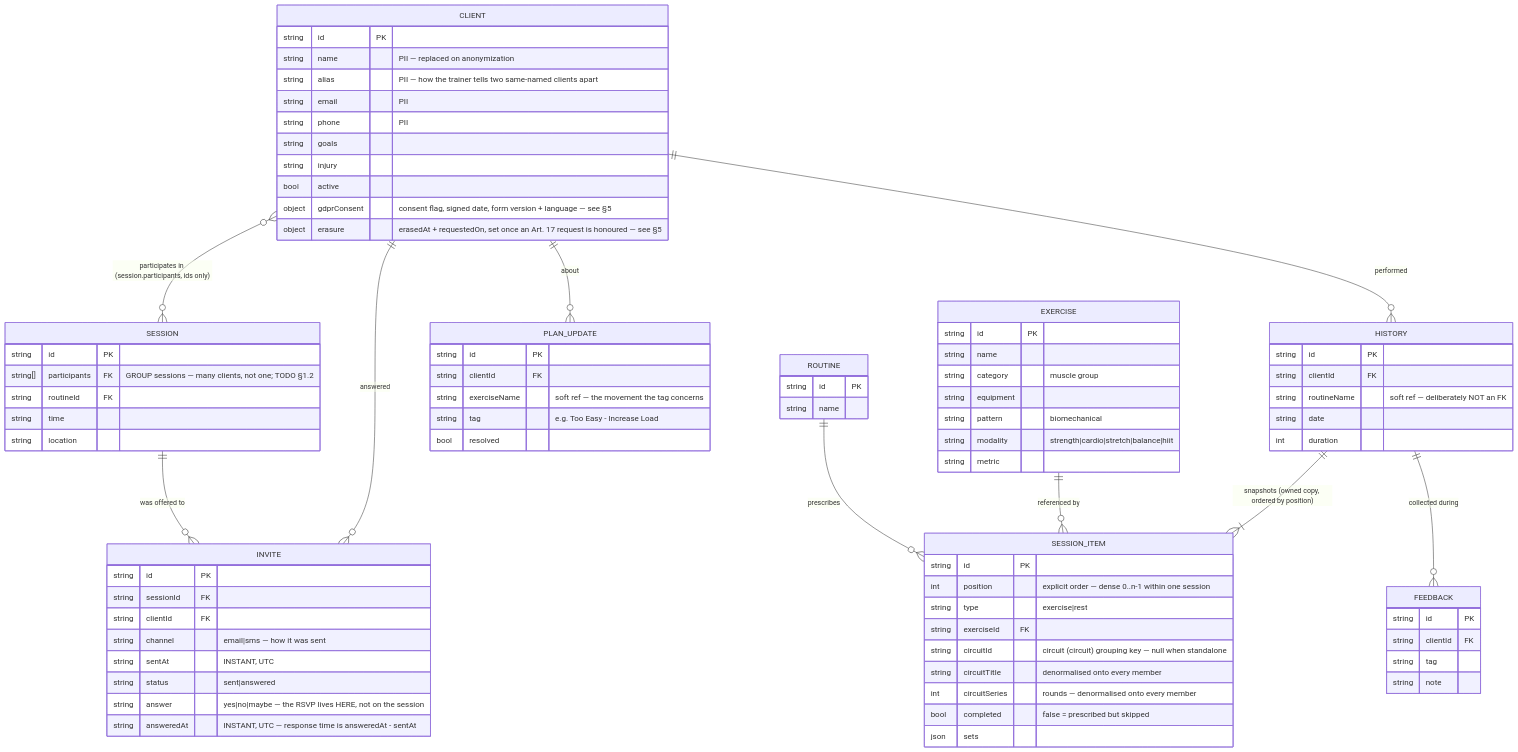
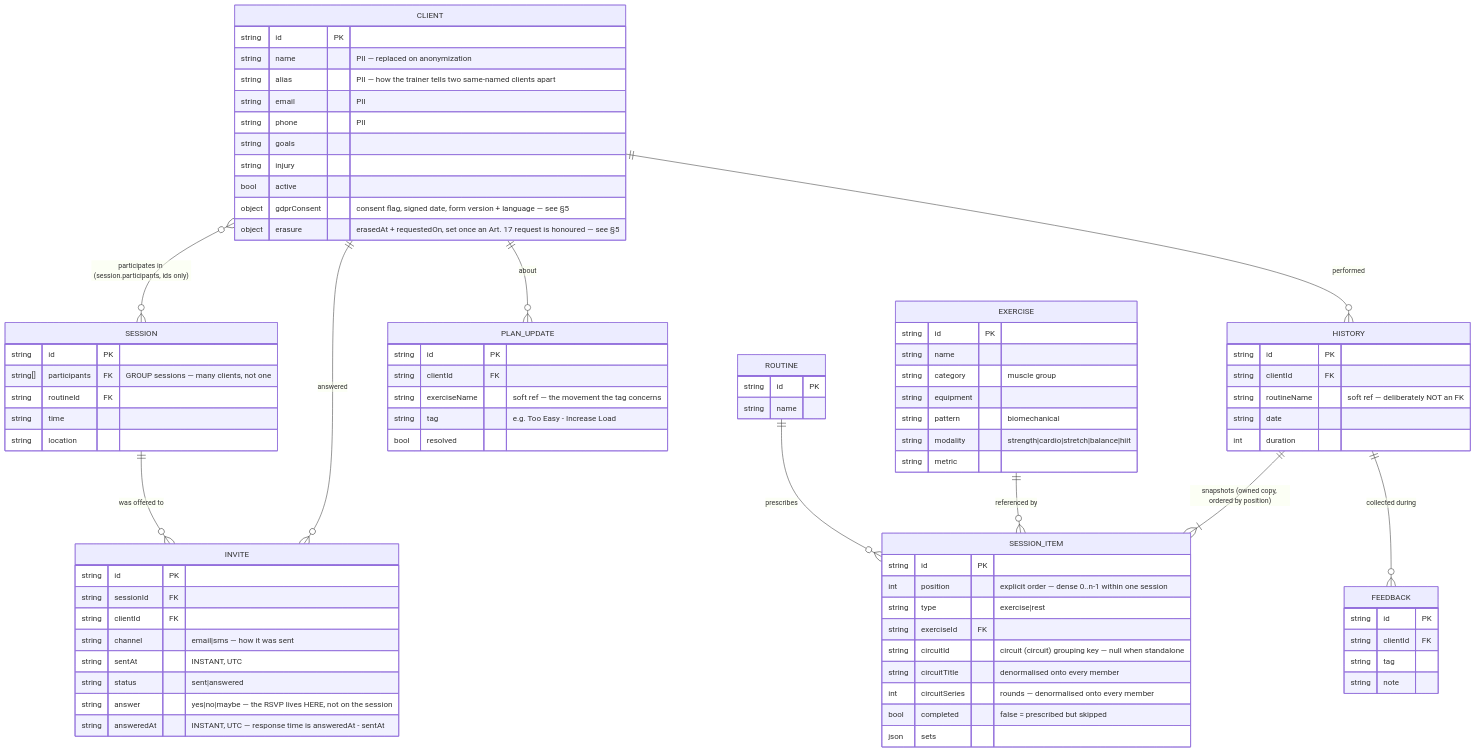
Before and after one commit to stutek/LibrePT: the second of 4 diagrams in docs/DATA_MODEL.md, drawn with Mermaid. The commit also changed other lines of this file and 18 other files, not shown here.

```diff
--- a/docs/DATA_MODEL.md
+++ b/docs/DATA_MODEL.md
@@ -361,7 +361,7 @@
     }
     SESSION {
         string id PK
-        string[] participants FK "GROUP sessions — many clients, not one; TODO §1.2"
+        string[] participants FK "GROUP sessions — many clients, not one"
         string routineId FK
         string time
         string location
```
